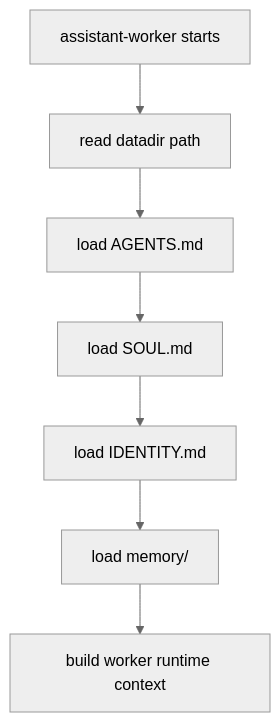
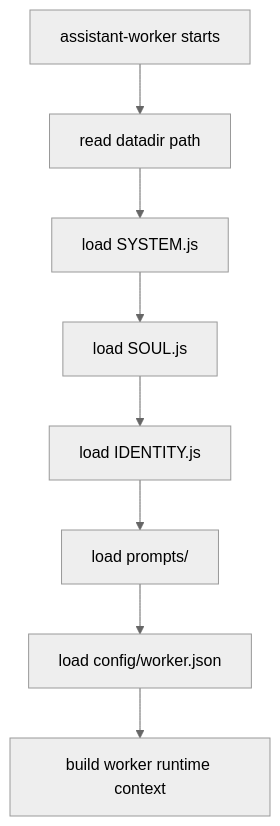
Before and after one commit to vinitu/my-concierge: the fourth of 7 diagrams in docs/services/assistant-worker.md, drawn with Mermaid (neutral theme). The commit also changed other lines of this file and 61 other files, not shown here.

First line of the commit message:
feat: expand assistant worker runtime (#25)

````diff
--- a/docs/services/assistant-worker.md
+++ b/docs/services/assistant-worker.md
@@ -67,9 +237,10 @@
 ```mermaid
 flowchart TD
     Start["assistant-worker starts"] --> ReadDir["read datadir path"]
-    ReadDir --> LoadRules["load AGENTS.md"]
-    LoadRules --> LoadSoul["load SOUL.md"]
-    LoadSoul --> LoadIdentity["load IDENTITY.md"]
-    LoadIdentity --> LoadMemory["load memory/"]
-    LoadMemory --> BuildContext["build worker runtime context"]
+    ReadDir --> LoadRules["load SYSTEM.js"]
+    LoadRules --> LoadSoul["load SOUL.js"]
+    LoadSoul --> LoadIdentity["load IDENTITY.js"]
+    LoadIdentity --> LoadPrompts["load prompts/"]
+    LoadPrompts --> LoadConfig["load config/worker.json"]
+    LoadConfig --> BuildContext["build worker runtime context"]
 ```
````
